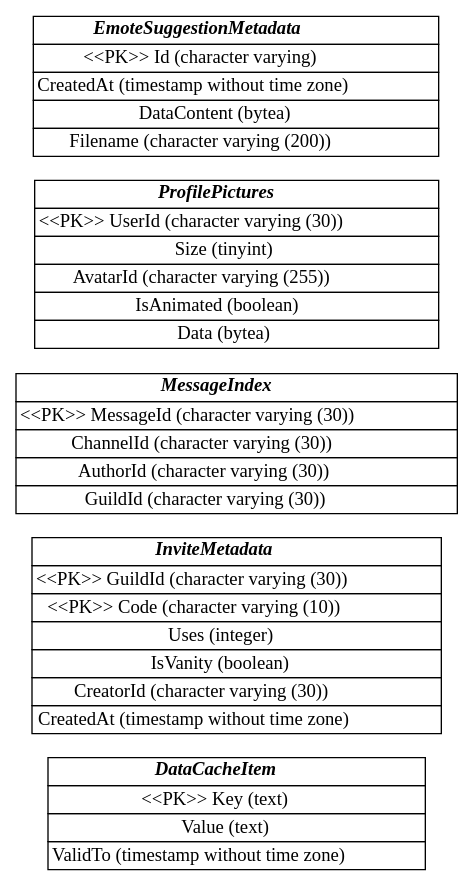
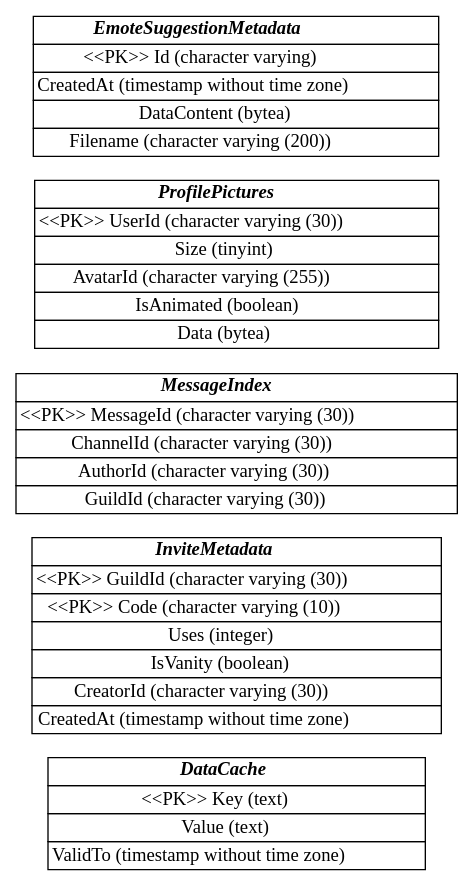
Before and after one commit to GrillBot/grillbot-docs: the diagram in data/cache.dot, drawn with Graphviz. The commit also changed 25 other files, not shown here.

```diff
--- a/data/cache.dot
+++ b/data/cache.dot
@@ -1,100 +1,100 @@
 digraph ER {
     rankdir=LR
     node[shape=plain]
     
-    DataCacheItem [label=<
+    DataCache [label=<
         <table border="0" cellborder="1" cellspacing="0">
-            <tr><td><i><b>DataCacheItem</b></i></td></tr>
+            <tr><td><i><b>DataCache</b></i></td></tr>
             <tr>
                 <td port="Key">&lt;&lt;PK&gt;&gt; Key (text)</td>
             </tr>
             <tr>
                 <td port="Value">Value (text)</td>
             </tr>
             <tr>
                 <td port="ValidTo">ValidTo (timestamp without time zone)</td>
             </tr>
         </table>
     >];
     
     InviteMetadata [label=<
         <table border="0" cellborder="1" cellspacing="0">
             <tr><td><i><b>InviteMetadata</b></i></td></tr>
             <tr>
                 <td port="GuildId">&lt;&lt;PK&gt;&gt; GuildId (character varying (30))</td>
             </tr>
             <tr>
                 <td port="Code">&lt;&lt;PK&gt;&gt; Code (character varying (10))</td>
             </tr>
             <tr>
                 <td port="Uses">Uses (integer)</td>
             </tr>
             <tr>
                 <td port="IsVanity">IsVanity (boolean)</td>
             </tr>
             <tr>
                 <td port="CreatorId">CreatorId (character varying (30))</td>
             </tr>
             <tr>
                 <td port="CreatedAt">CreatedAt (timestamp without time zone)</td>
             </tr>
         </table>
     >];
     
     MessageIndex [label=<
         <table border="0" cellborder="1" cellspacing="0">
             <tr><td><i><b>MessageIndex</b></i></td></tr>
             <tr>
                 <td port="MessageId">&lt;&lt;PK&gt;&gt; MessageId (character varying (30))</td>
             </tr>
             <tr>
                 <td port="ChannelId">ChannelId (character varying (30))</td>
             </tr>
             <tr>
                 <td port="AuthorId">AuthorId (character varying (30))</td>
             </tr>
             <tr>
                 <td port="GuildId">GuildId (character varying (30))</td>
             </tr>
         </table>
     >];
     
     ProfilePictures [label=<
         <table border="0" cellborder="1" cellspacing="0">
             <tr><td><i><b>ProfilePictures</b></i></td></tr>
             <tr>
                 <td port="UserId">&lt;&lt;PK&gt;&gt; UserId (character varying (30))</td>
             </tr>
             <tr>
                 <td port="Size">Size (tinyint)</td>
             </tr>
             <tr>
                 <td port="AvatarId">AvatarId (character varying (255))</td>
             </tr>
             <tr>
                 <td port="IsAnimated">IsAnimated (boolean)</td>
             </tr>
             <tr>
                 <td port="Data">Data (bytea)</td>
             </tr>
         </table>
     >];
     
     EmoteSuggestionMetadata [label=<
         <table border="0" cellborder="1" cellspacing="0">
             <tr><td><i><b>EmoteSuggestionMetadata</b></i></td></tr>
             <tr>
                 <td port="Id">&lt;&lt;PK&gt;&gt; Id (character varying)</td>
             </tr>
             <tr>
                 <td port="CreatedAt">CreatedAt (timestamp without time zone)</td>
             </tr>
             <tr>
                 <td port="DataContent">DataContent (bytea)</td>
             </tr>
             <tr>
                 <td port="Filename">Filename (character varying (200))</td>
             </tr>
         </table>
     >];
 }
```
